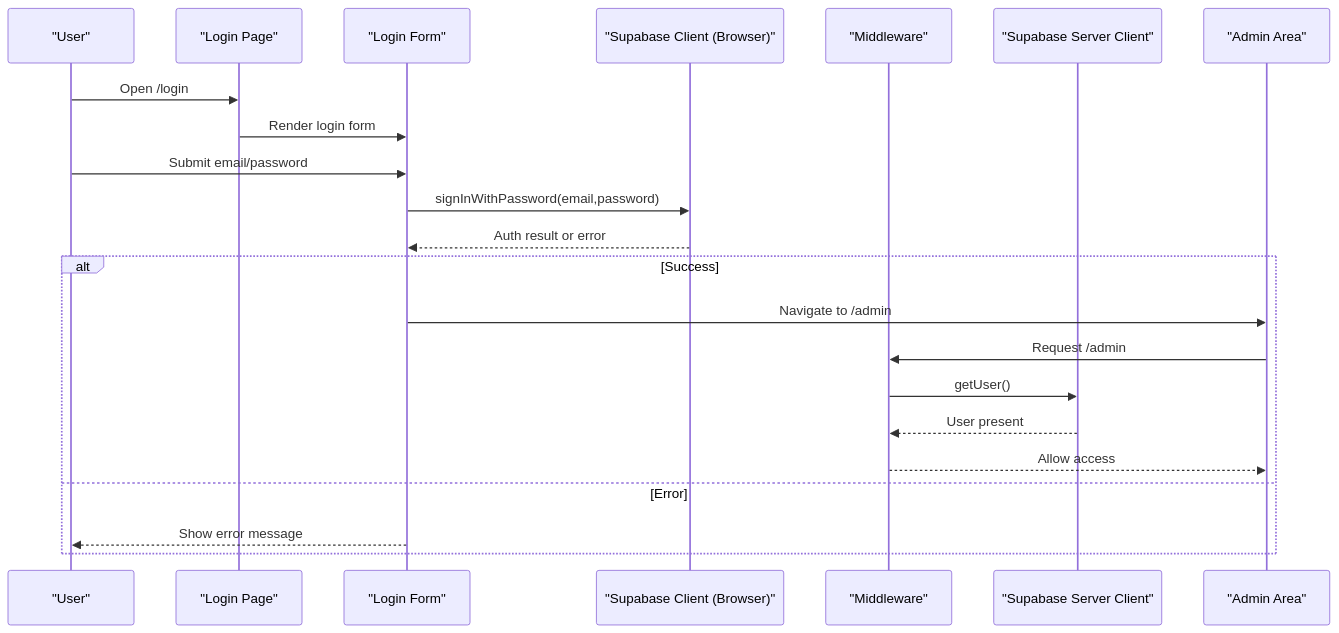
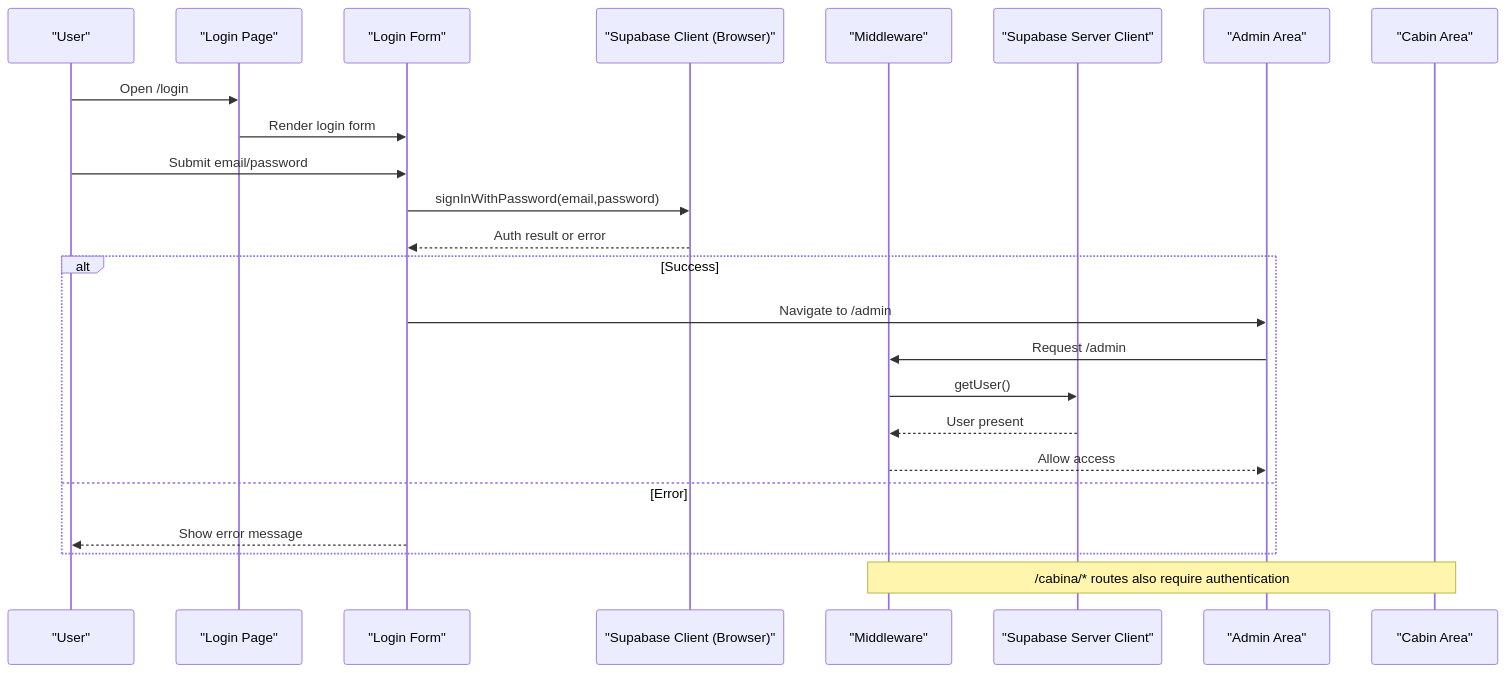
One commit to AgusCatra/simu-twin-web changed the second of 8 diagrams in .qoder/repowiki/en/content/Core Services & Business Logic/Authentication System.md. Above: the diagram before and after it, drawn with Mermaid. The commit also changed other lines of this file and 63 other files, not shown here.

````diff
--- a/.qoder/repowiki/en/content/Core Services & Business Logic/Authentication System.md
+++ b/.qoder/repowiki/en/content/Core Services & Business Logic/Authentication System.md
@@ -111,24 +131,26 @@
 ```mermaid
 sequenceDiagram
 participant U as "User"
 participant P as "Login Page"
 participant F as "Login Form"
 participant SC as "Supabase Client (Browser)"
 participant MW as "Middleware"
 participant SS as "Supabase Server Client"
 participant A as "Admin Area"
+participant C as "Cabin Area"
 U->>P : Open /login
 P->>F : Render login form
 U->>F : Submit email/password
 F->>SC : signInWithPassword(email,password)
 SC-->>F : Auth result or error
 alt Success
 F->>A : Navigate to /admin
 A->>MW : Request /admin
 MW->>SS : getUser()
 SS-->>MW : User present
 MW-->>A : Allow access
 else Error
 F-->>U : Show error message
 end
+Note over C,MW : /cabina/* routes also require authentication
 ```
````
